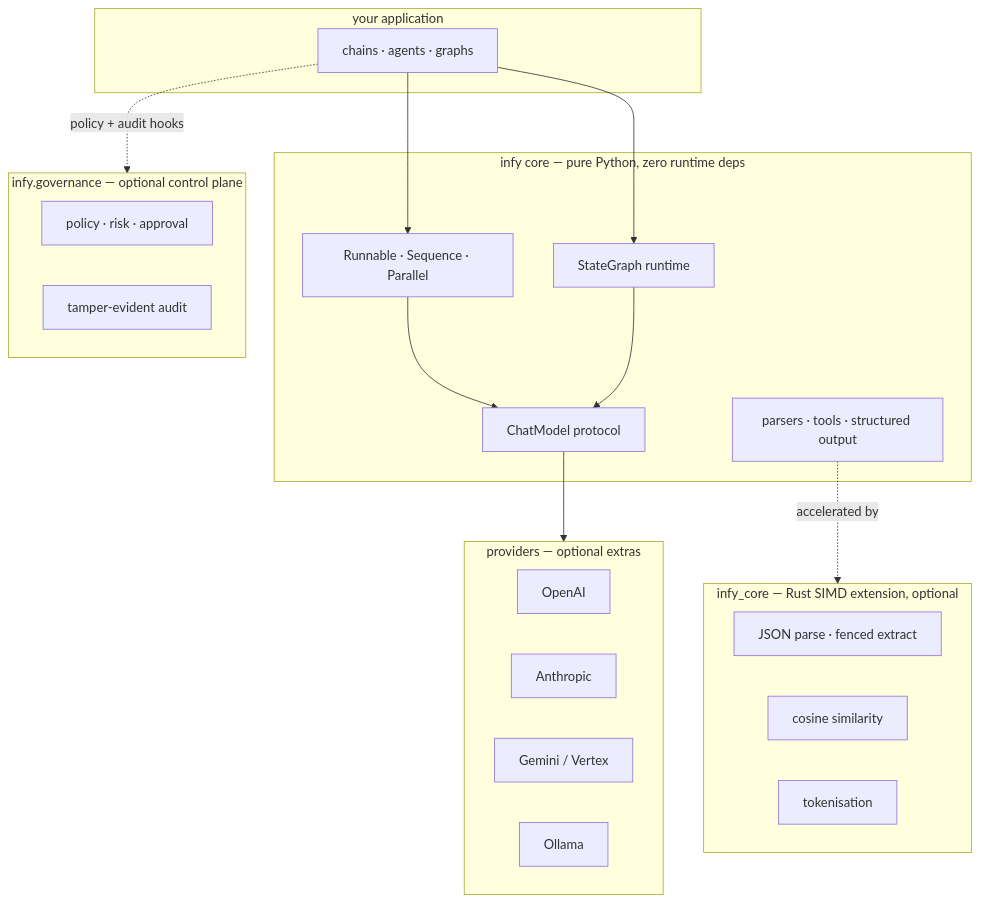
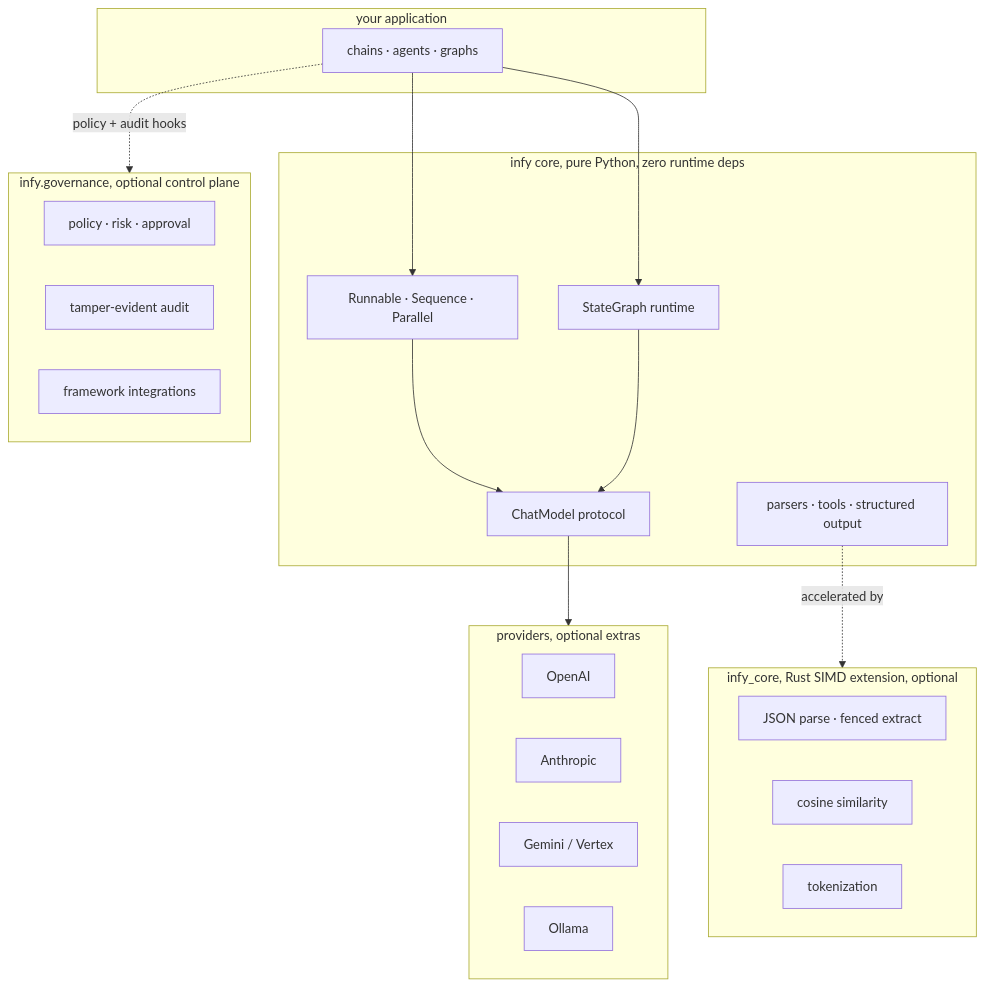
The second of 2 diagrams in README.md (Infyrence/infy), drawn with Mermaid before and after one commit. The commit also changed other lines of this file and 1 other file, not shown here.

````diff
--- a/README.md
+++ b/README.md
@@ -340,34 +293,35 @@
 ```mermaid
 flowchart TB
     subgraph APP["your application"]
         U["chains · agents · graphs"]
     end
-    subgraph CORE["infy core — pure Python, zero runtime deps"]
+    subgraph CORE["infy core, pure Python, zero runtime deps"]
         RUN["Runnable · Sequence · Parallel"]
         MOD["ChatModel protocol"]
         GR["StateGraph runtime"]
         PT["parsers · tools · structured output"]
     end
-    subgraph PROV["providers — optional extras"]
+    subgraph PROV["providers, optional extras"]
         OAI["OpenAI"]
         ANT["Anthropic"]
         GEM["Gemini / Vertex"]
         OLL["Ollama"]
     end
-    subgraph GOV["infy.governance — optional control plane"]
+    subgraph GOV["infy.governance, optional control plane"]
         POL["policy · risk · approval"]
         AUD["tamper-evident audit"]
+        INT["framework integrations"]
     end
-    subgraph RUST["infy_core — Rust SIMD extension, optional"]
+    subgraph RUST["infy_core, Rust SIMD extension, optional"]
         JP["JSON parse · fenced extract"]
         SIM["cosine similarity"]
-        TOK["tokenisation"]
+        TOK["tokenization"]
     end
     U --> RUN
     U --> GR
     RUN --> MOD
     GR --> MOD
     MOD --> PROV
     U -. policy + audit hooks .-> GOV
     PT -. accelerated by .-> RUST
 ```
````
